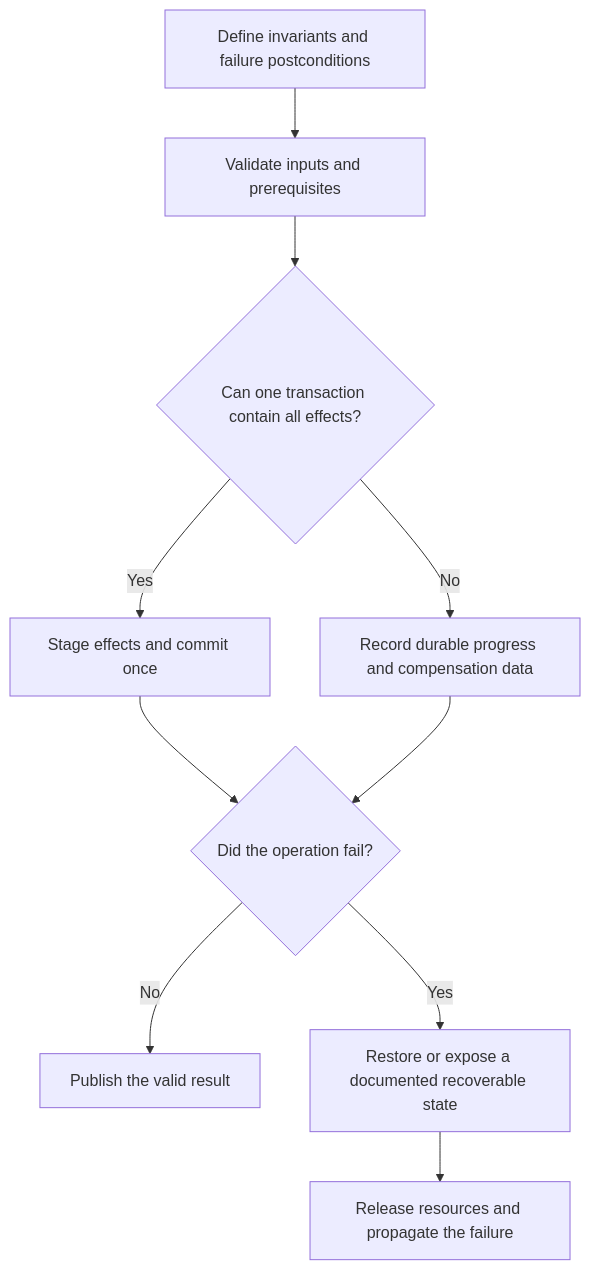
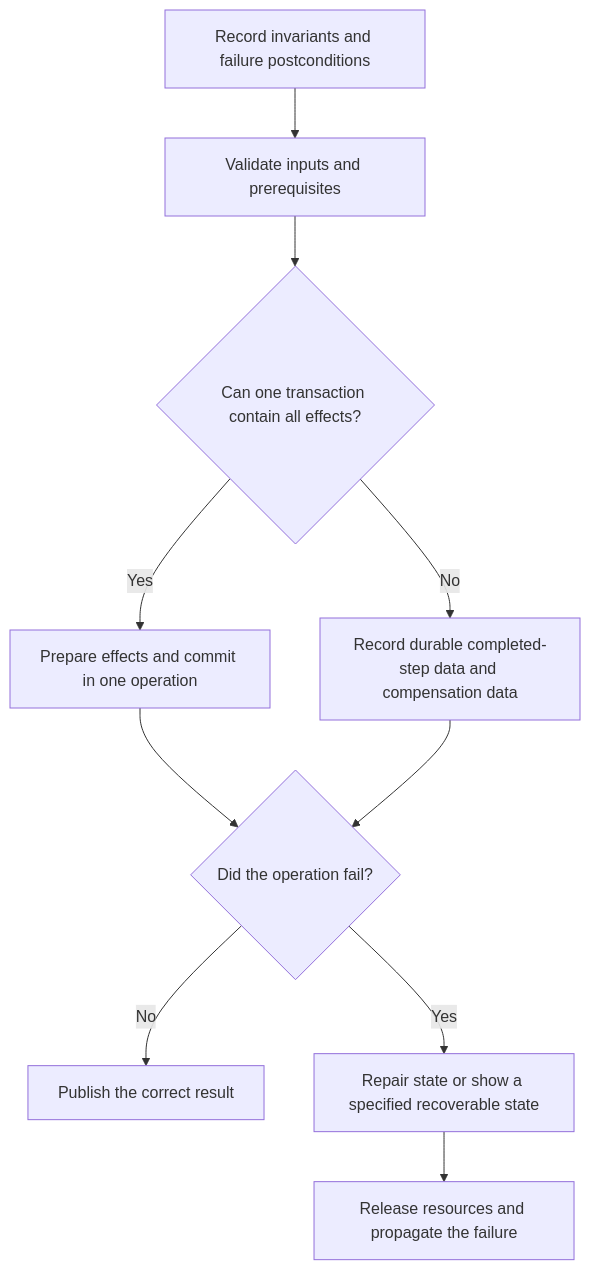
One commit to HomericIntelligence/Athena changed the diagram in docs/principles/details/p033-state-safe-failure-semantics.md. Above: the diagram before and after it, drawn with Mermaid. The commit also changed other lines of this file and 91 other files, not shown here.

````diff
--- a/docs/principles/details/p033-state-safe-failure-semantics.md
+++ b/docs/principles/details/p033-state-safe-failure-semantics.md
@@ -38,12 +39,12 @@
 ```mermaid
 flowchart TD
-    A["Define invariants and failure postconditions"] --> B["Validate inputs and prerequisites"]
+    A["Record invariants and failure postconditions"] --> B["Validate inputs and prerequisites"]
     B --> C{"Can one transaction contain all effects?"}
-    C -- "Yes" --> D["Stage effects and commit once"]
-    C -- "No" --> E["Record durable progress and compensation data"]
+    C -- "Yes" --> D["Prepare effects and commit in one operation"]
+    C -- "No" --> E["Record durable completed-step data and compensation data"]
     D --> F{"Did the operation fail?"}
     E --> F
-    F -- "No" --> G["Publish the valid result"]
-    F -- "Yes" --> H["Restore or expose a documented recoverable state"]
+    F -- "No" --> G["Publish the correct result"]
+    F -- "Yes" --> H["Repair state or show a specified recoverable state"]
     H --> I["Release resources and propagate the failure"]
 ```
````
